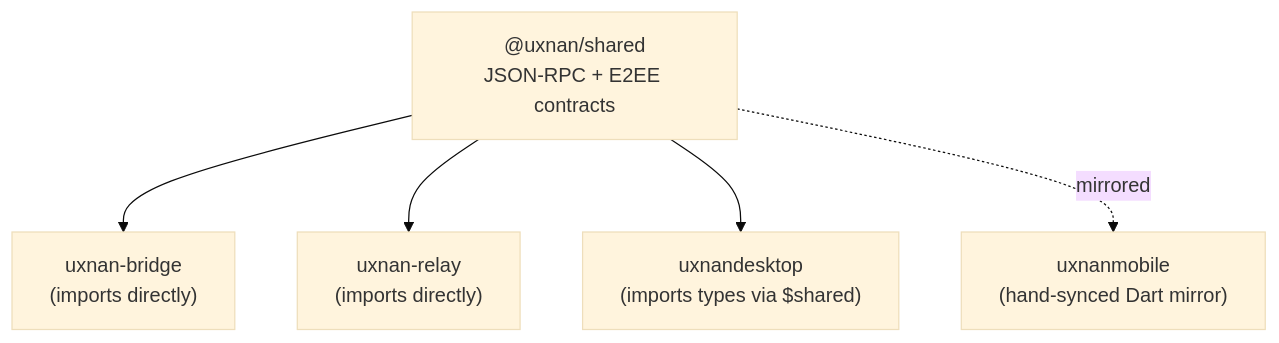
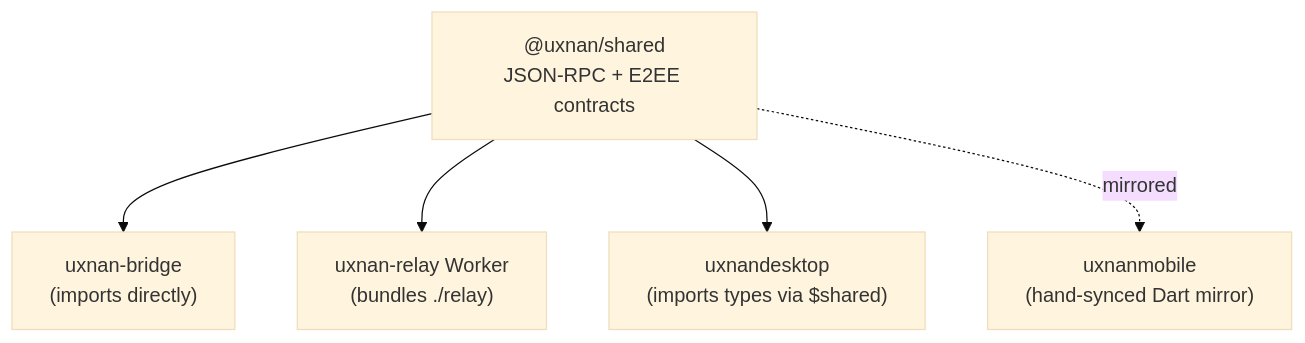
Before and after one commit to luisgamas/uxnan: the diagram in shared/README.md, drawn with Mermaid (base theme). The commit also changed other lines of this file and 24 other files, not shown here.

````diff
--- a/shared/README.md
+++ b/shared/README.md
@@ -38,12 +39,12 @@
 ```mermaid
 flowchart TB
   shared["@uxnan/shared<br/>JSON-RPC + E2EE contracts"]
   bridge["uxnan-bridge<br/>(imports directly)"]
-  relay["uxnan-relay<br/>(imports directly)"]
+  relay["uxnan-relay Worker<br/>(bundles ./relay)"]
   desktop["uxnandesktop<br/>(imports types via $shared)"]
   mobile["uxnanmobile<br/>(hand-synced Dart mirror)"]
   shared --> bridge
   shared --> relay
   shared --> desktop
   shared -. mirrored .-> mobile
 ```
````
